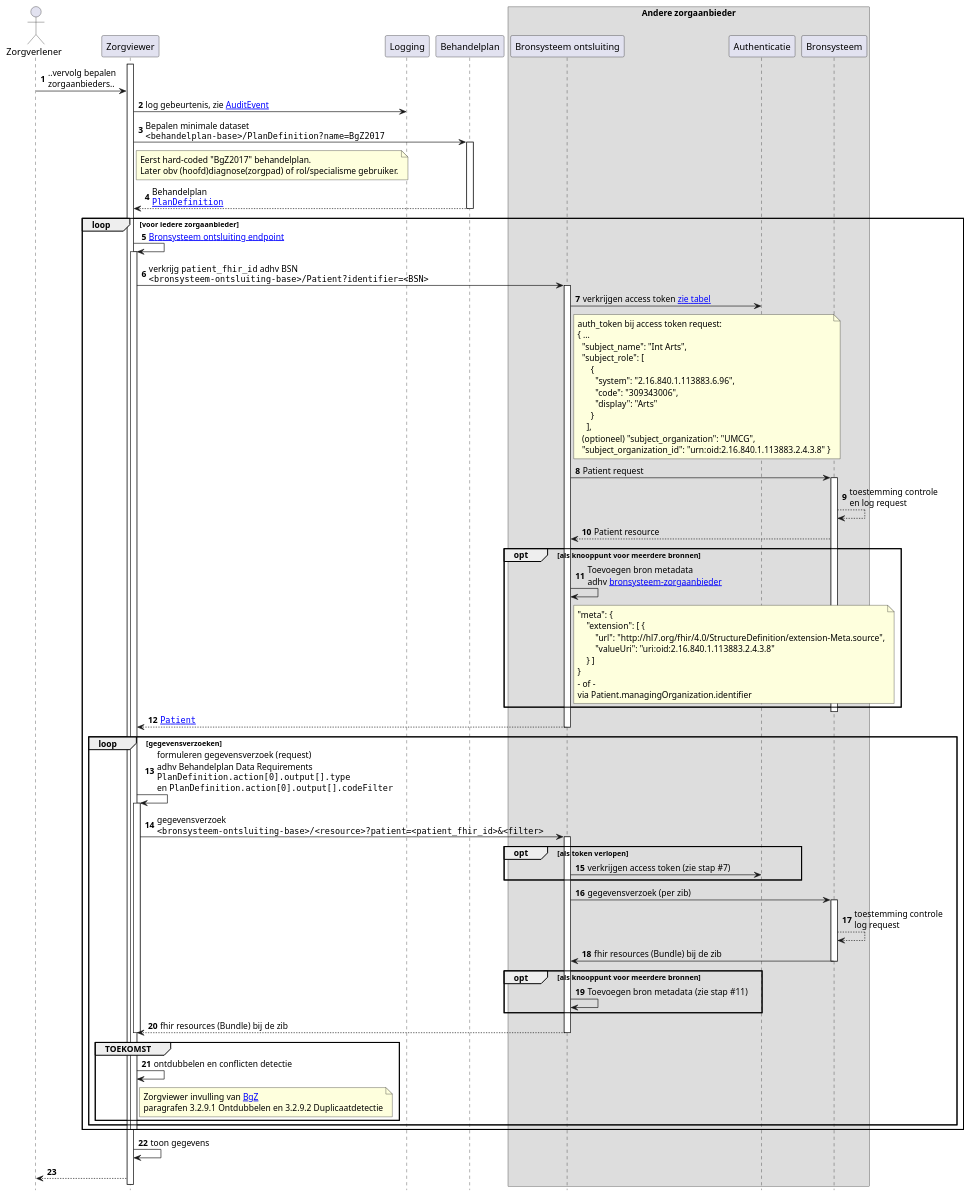
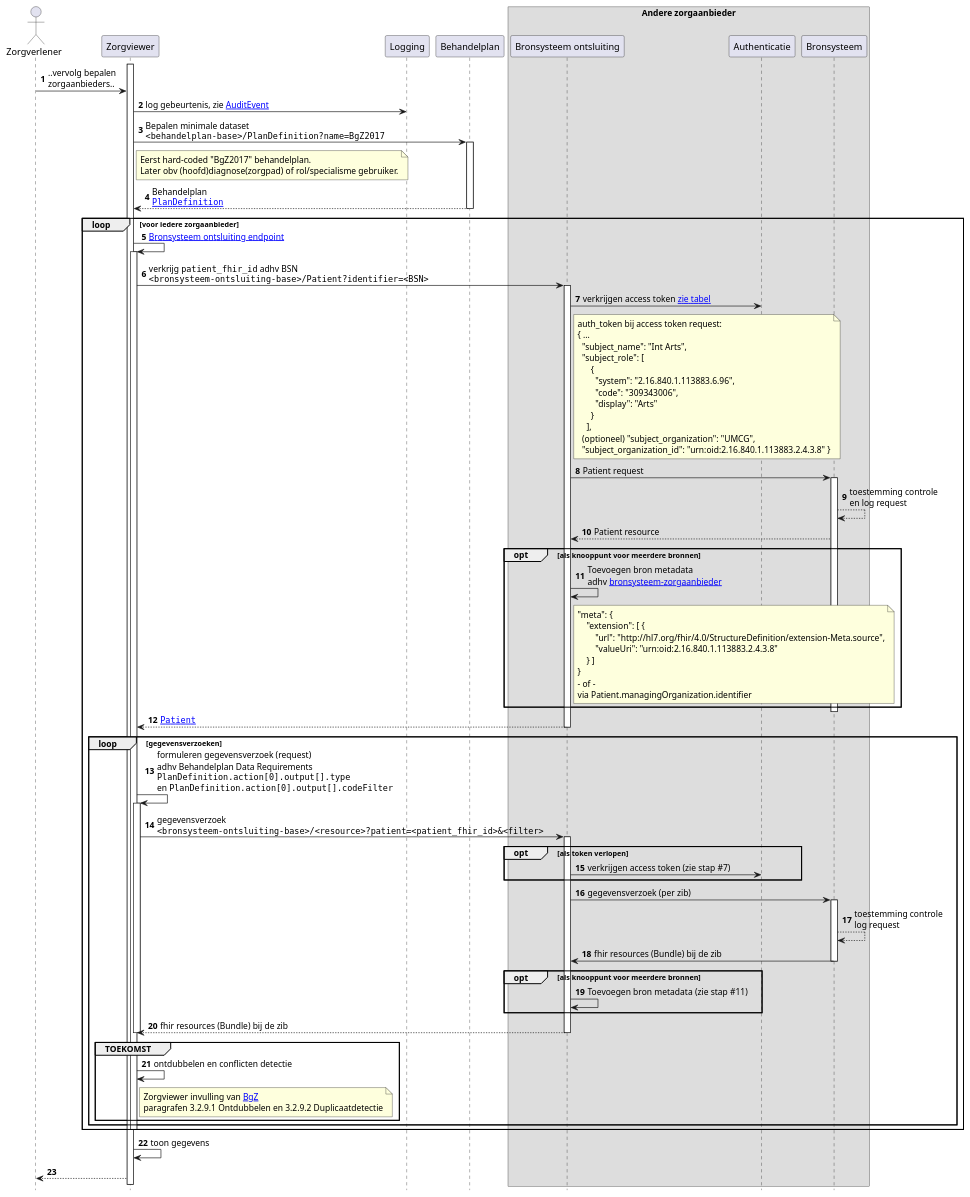
Before and after one commit to RIVO-Noord/zorgviewer-ig: the diagram in input/images-source/Zorgviewer-seq-3.plantuml, drawn with PlantUML. The commit also changed 1 other file, not shown here.

```diff
--- a/input/images-source/Zorgviewer-seq-3.plantuml
+++ b/input/images-source/Zorgviewer-seq-3.plantuml
@@ -1,99 +1,99 @@
 @startuml
 hide footbox
 autonumber
 
 actor Zorgverlener
 participant Zorgviewer
 participant Logging
 participant Behandelplan
 box "Andere zorgaanbieder"
 participant "Bronsysteem ontsluiting" as Bron
 participant Authenticatie
 participant Bronsysteem
 end box
 
 activate Zorgviewer
 Zorgverlener->Zorgviewer: ..vervolg bepalen\nzorgaanbieders..
 Zorgviewer->Logging: log gebeurtenis, zie [[StructureDefinition-AuditEvent.html AuditEvent]]
 Zorgviewer->Behandelplan: Bepalen minimale dataset\n""<behandelplan-base>/PlanDefinition?name=BgZ2017""
 note right Zorgviewer
   Eerst hard-coded "BgZ2017" behandelplan.
   Later obv (hoofd)diagnose(zorgpad) of rol/specialisme gebruiker.
 end note
 activate Behandelplan
 Behandelplan-->Zorgviewer: Behandelplan\n""[[StructureDefinition-PlanDefinition.html PlanDefinition]]""
 deactivate Behandelplan
 loop voor iedere zorgaanbieder
   Zorgviewer->Zorgviewer: [[Endpoint-UMCG.html Bronsysteem ontsluiting endpoint]]
   activate Zorgviewer
   Zorgviewer->Bron : verkrijg ""patient_fhir_id"" adhv BSN\n""<bronsysteem-ontsluiting-base>/Patient?identifier=<BSN>""
   activate Bron
   Bron->Authenticatie : verkrijgen access token [[design.html#bevragen-bronsysteem-summary-table zie tabel]]
   note right Bron
     auth_token bij access token request:
     { ...
       "subject_name": "Int Arts",
       "subject_role": [ 
           { 
             "system": "2.16.840.1.113883.6.96", 
             "code": "309343006", 
             "display": "Arts" 
           } 
         ],
       (optioneel) "subject_organization": "UMCG",
       "subject_organization_id": "urn:oid:2.16.840.1.113883.2.4.3.8" }
   end note
   Bron->Bronsysteem : Patient request
   activate Bronsysteem
   Bronsysteem-->Bronsysteem: toestemming controle\nen log request
   Bronsysteem-->Bron : Patient resource
   opt als knooppunt voor meerdere bronnen
     Bron->Bron: Toevoegen bron metadata\nadhv [[CodeSystem-bronsysteem-zorgaanbieder.html bronsysteem-zorgaanbieder]]
     note right Bron
 "meta": {
     "extension": [ {
         "url": "http://hl7.org/fhir/4.0/StructureDefinition/extension-Meta.source",
-        "valueUri": "uri:oid:2.16.840.1.113883.2.4.3.8"
+        "valueUri": "urn:oid:2.16.840.1.113883.2.4.3.8"
     } ]
 }
 - of -
 via Patient.managingOrganization.identifier
     end note
   end opt
   deactivate Bronsysteem
   Bron-->Zorgviewer : ""[[StructureDefinition-Patient.html Patient]]""
   deactivate Bron
   loop gegevensverzoeken
     Zorgviewer->Zorgviewer: formuleren gegevensverzoek (request)\nadhv Behandelplan Data Requirements\n""PlanDefinition.action[0].output[].type""\nen ""PlanDefinition.action[0].output[].codeFilter""
     activate Zorgviewer
     Zorgviewer->Bron: gegevensverzoek\n""<bronsysteem-ontsluiting-base>/<resource>?patient=<patient_fhir_id>&<filter>""
     activate Bron
     opt als token verlopen
       Bron->Authenticatie : verkrijgen access token (zie stap #7)
     end opt
     Bron->Bronsysteem : gegevensverzoek (per zib)
     activate Bronsysteem
     Bronsysteem-->Bronsysteem: toestemming controle\nlog request
     Bronsysteem->Bron: fhir resources (Bundle) bij de zib
     deactivate Bronsysteem
     opt als knooppunt voor meerdere bronnen
       Bron->Bron: Toevoegen bron metadata (zie stap #11)
     end opt
     Bron-->Zorgviewer: fhir resources (Bundle) bij de zib
     deactivate Bron
     deactivate Zorgviewer
     group **TOEKOMST**
       Zorgviewer->Zorgviewer: ontdubbelen en conflicten detectie
       note right of Zorgviewer
         Zorgviewer invulling van [[https://informatiestandaarden.nictiz.nl/wiki/BgZ:V1.0_BgZ_MSZ_Informatiestandaard BgZ]] 
         paragrafen 3.2.9.1 Ontdubbelen en 3.2.9.2 Duplicaatdetectie
       end note
     end group
   end
   deactivate Zorgviewer
 end
 
 Zorgviewer->Zorgviewer: toon gegevens
 Zorgviewer-->Zorgverlener
 
 @enduml
```
